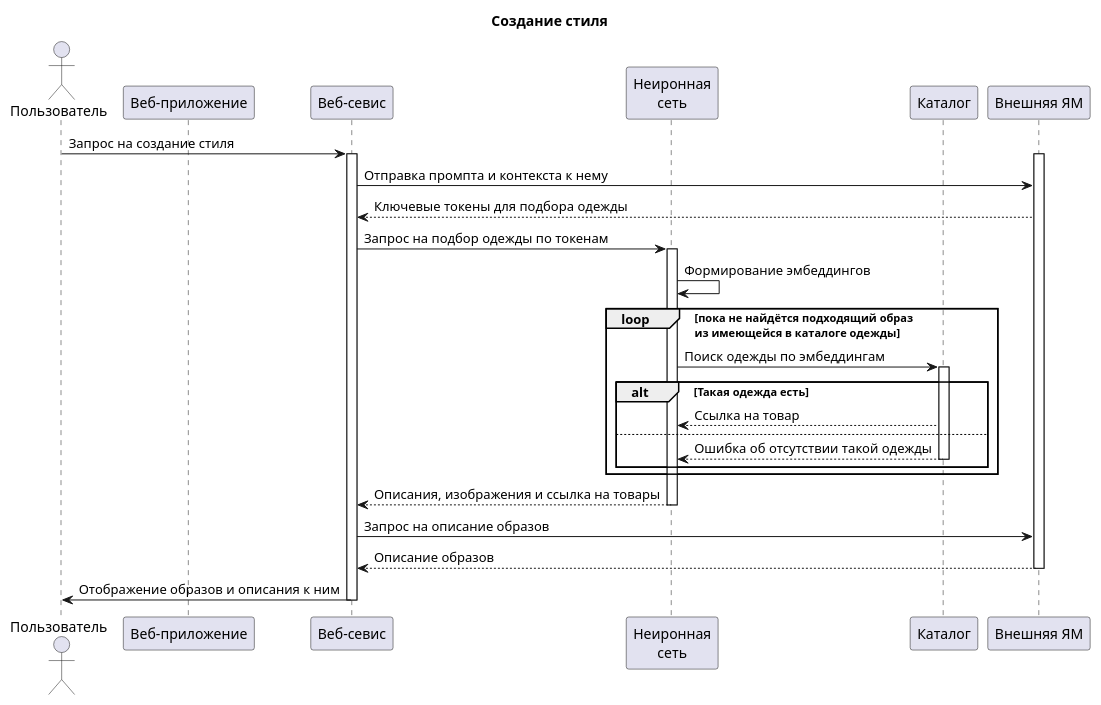
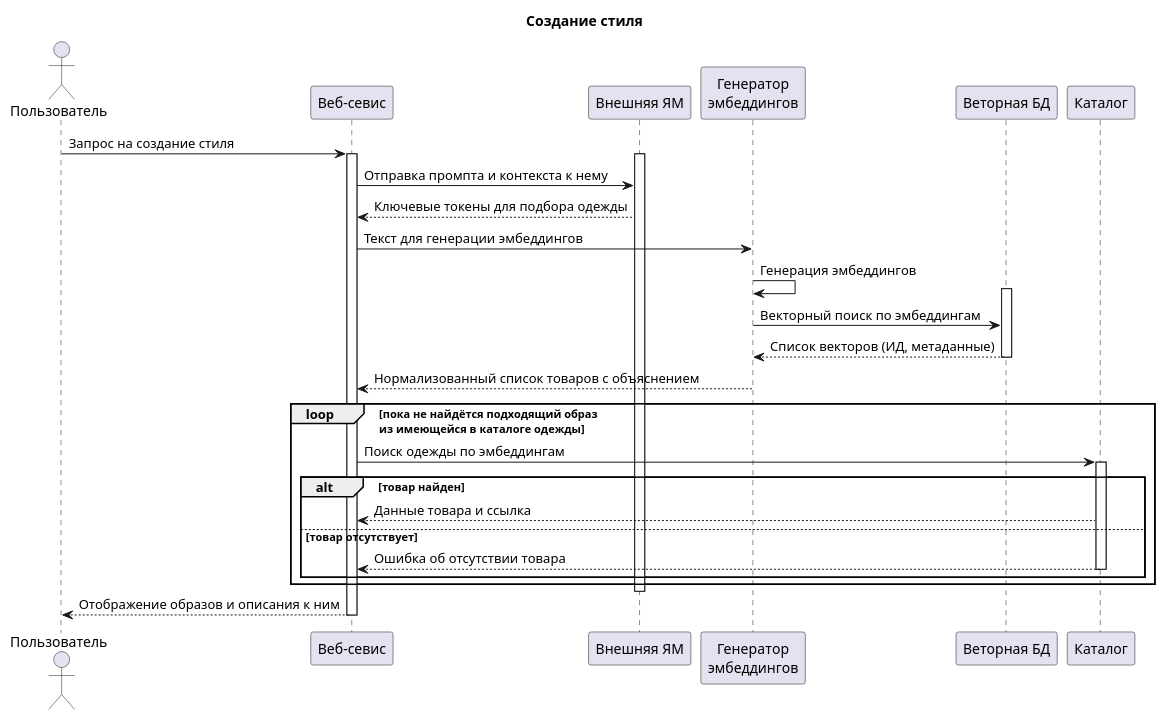
The diagram in diagram_sequence_prompt_search.pu (Podborochka/Docs), drawn with PlantUML before and after one commit.

Commit message:
Изменена диграмма последовательности

```diff
--- a/diagram_sequence_prompt_search.pu
+++ b/diagram_sequence_prompt_search.pu
@@ -2,51 +2,48 @@
 @startuml "Создание стиля"
 
 title "Создание стиля"
 
 actor user as "Пользователь"
-
-participant app as "Веб-приложение"
 participant web as "Веб-севис"
-participant neural as "Неиронная\nсеть"
+participant llm as "Внешняя ЯМ"
+participant embed as "Генератор\nэмбеддингов"
+participant vdb as "Веторная БД"
 participant db as "Каталог"
-participant llm as "Внешняя ЯМ"
 
 user -> web : Запрос на создание стиля
 
   activate web
   
     activate llm
     
       web -> llm : Отправка промпта и контекста к нему
       llm --> web : Ключевые токены для подбора одежды
+
+      web -> embed : Текст для генерации эмбеддингов
+
+      embed -> embed : Генерация эмбеддингов
+      activate vdb
+      embed -> vdb : Векторный поиск по эмбеддингам
+      vdb --> embed : Список векторов (ИД, метаданные)
+      deactivate vdb
       
-      web -> neural : Запрос на подбор одежды по токенам
-      activate neural
-      
-      neural -> neural : Формирование эмбеддингов
+      embed --> web : Нормализованный список товаров с объяснением
       
       loop пока не найдётся подходящий образ\nиз имеющейся в каталоге одежды
-          neural -> db : Поиск одежды по эмбеддингам
+          web -> db : Поиск одежды по эмбеддингам
           activate db
-          alt Такая одежда есть
-            db --> neural : Ссылка на товар 
-          else
-            db --> neural : Ошибка об отсутствии такой одежды
+          alt товар найден
+            db --> web : Данные товара и ссылка
+          else товар отсутствует
+            db --> web : Ошибка об отсутствии товара
             deactivate db
           end
       end
-      
-      neural --> web : Описания, изображения и ссылка на товары
-      
-      deactivate neural
-      
-      web -> llm : Запрос на описание образов
-      llm --> web : Описание образов
     
     deactivate llm
     
-    web -> user : Отображение образов и описания к ним
+    web --> user : Отображение образов и описания к ним
   
   deactivate web
 
 @enduml
```
